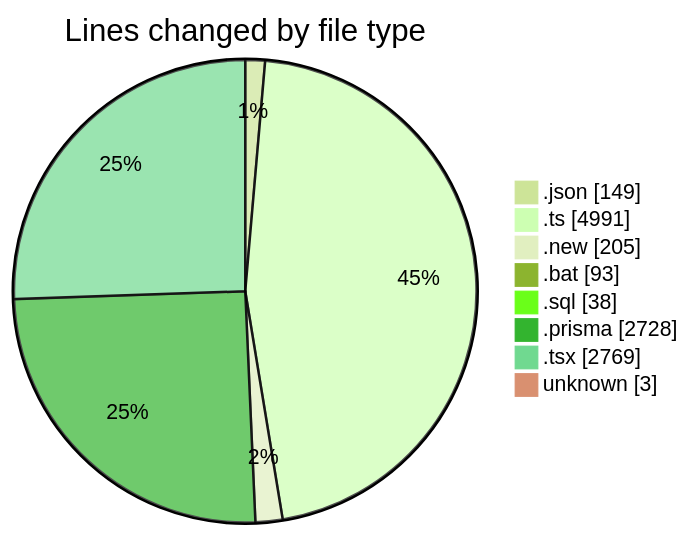
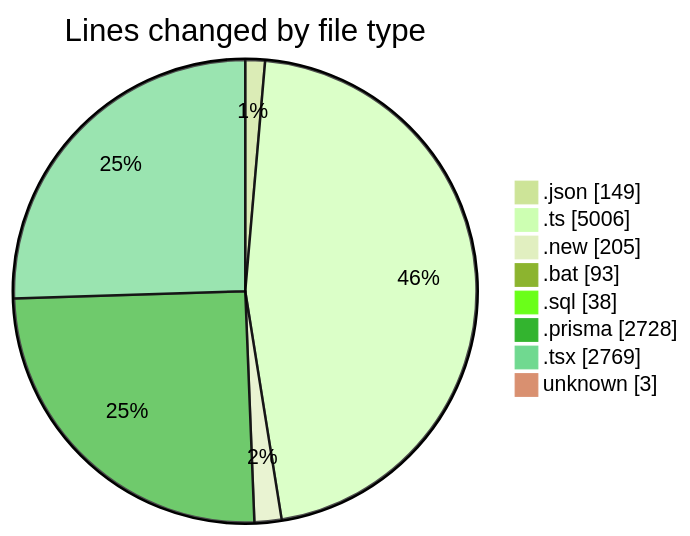
Before and after one commit to CELIANVF/code-tracking: the first of 2 diagrams in 2025-05-20/ecodeli-1/README.md, drawn with Mermaid (forest theme). The commit also changed other lines of this file and 1 other file, not shown here.

````diff
--- a/2025-05-20/ecodeli-1/README.md
+++ b/2025-05-20/ecodeli-1/README.md
@@ -59,12 +59,12 @@
 ```mermaid
 pie showData
 title Lines changed by file type
 ".json" : 149
-".ts" : 4991
+".ts" : 5006
 ".new" : 205
 ".bat" : 93
 ".sql" : 38
 ".prisma" : 2728
 ".tsx" : 2769
 "unknown" : 3
 ```
````
